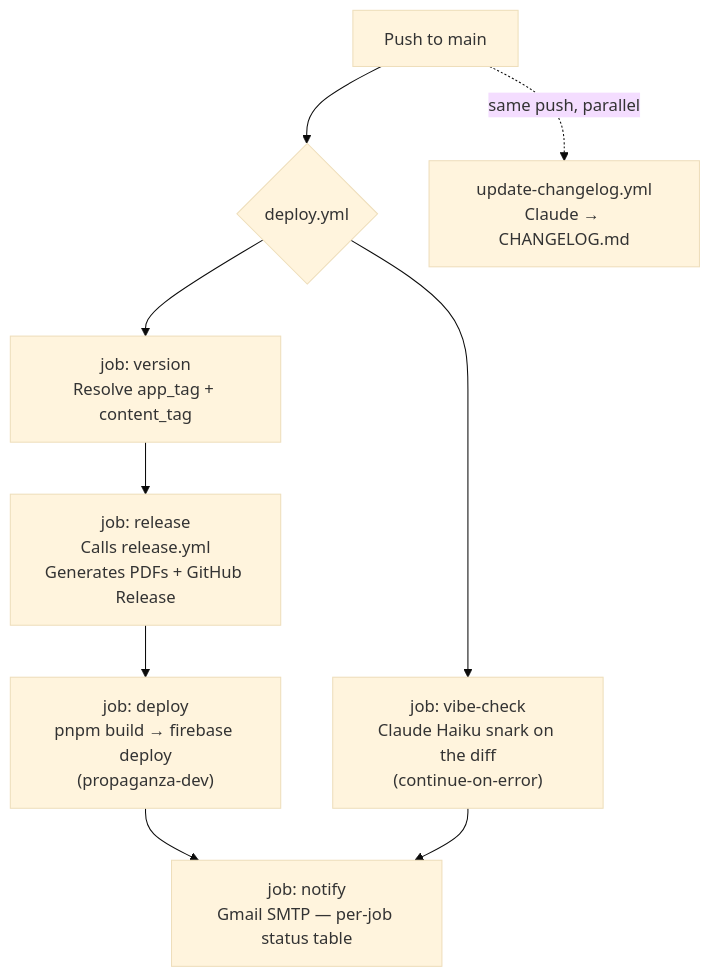
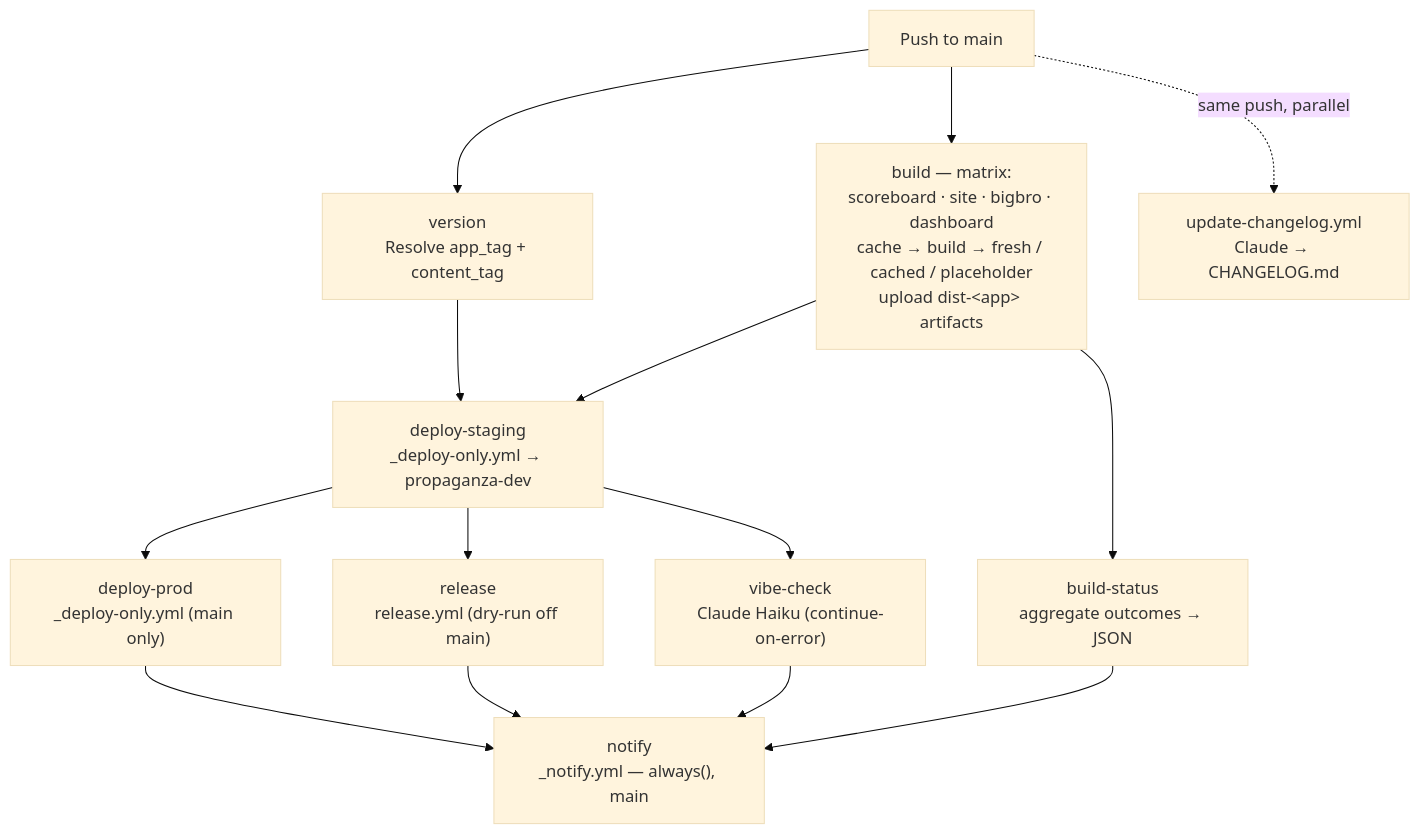
The first of 3 diagrams in PROJECT_OVERVIEW.md (Cartoniol/project-propz), drawn with Mermaid (base theme) before and after one commit. The commit also changed other lines of this file, not shown here.

````diff
--- a/PROJECT_OVERVIEW.md
+++ b/PROJECT_OVERVIEW.md
@@ -259,11 +261,16 @@
 ```mermaid
 graph TD
-    A[Push to main] --> B{deploy.yml}
-    B --> C["job: version<br/>Resolve app_tag + content_tag"]
-    C --> D["job: release<br/>Calls release.yml<br/>Generates PDFs + GitHub Release"]
-    D --> E["job: deploy<br/>pnpm build → firebase deploy<br/>(propaganza-dev)"]
-    B --> F["job: vibe-check<br/>Claude Haiku snark on the diff<br/>(continue-on-error)"]
-    E --> G["job: notify<br/>Gmail SMTP — per-job status table"]
-    F --> G
+    A[Push to main] --> V["version<br/>Resolve app_tag + content_tag"]
+    A --> B["build — matrix:<br/>scoreboard · site · bigbro · dashboard<br/>cache → build → fresh / cached / placeholder<br/>upload dist-&lt;app&gt; artifacts"]
+    B --> BS["build-status<br/>aggregate outcomes → JSON"]
+    V --> DS["deploy-staging<br/>_deploy-only.yml → propaganza-dev"]
+    B --> DS
+    DS --> DP["deploy-prod<br/>_deploy-only.yml (main only)"]
+    DS --> R["release<br/>release.yml (dry-run off main)"]
+    DS --> VC["vibe-check<br/>Claude Haiku (continue-on-error)"]
+    DP --> N["notify<br/>_notify.yml — always(), main"]
+    R --> N
+    VC --> N
+    BS --> N
     A -.->|same push, parallel| H["update-changelog.yml<br/>Claude → CHANGELOG.md"]
 ```
````
